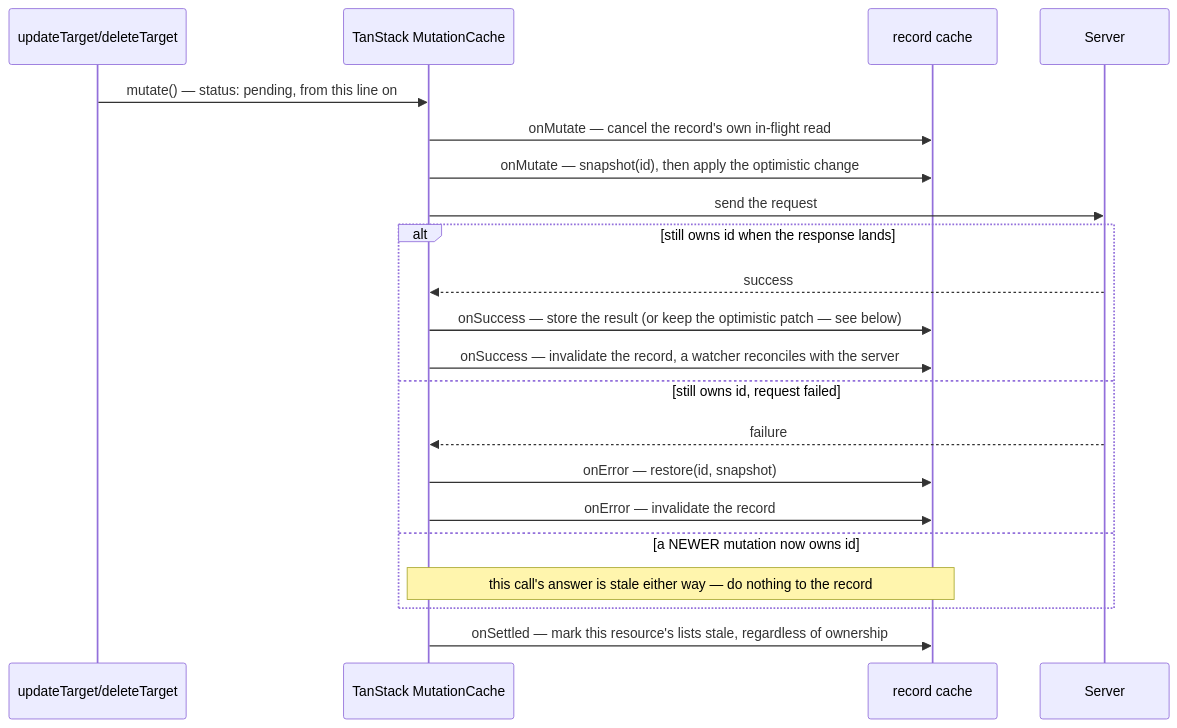
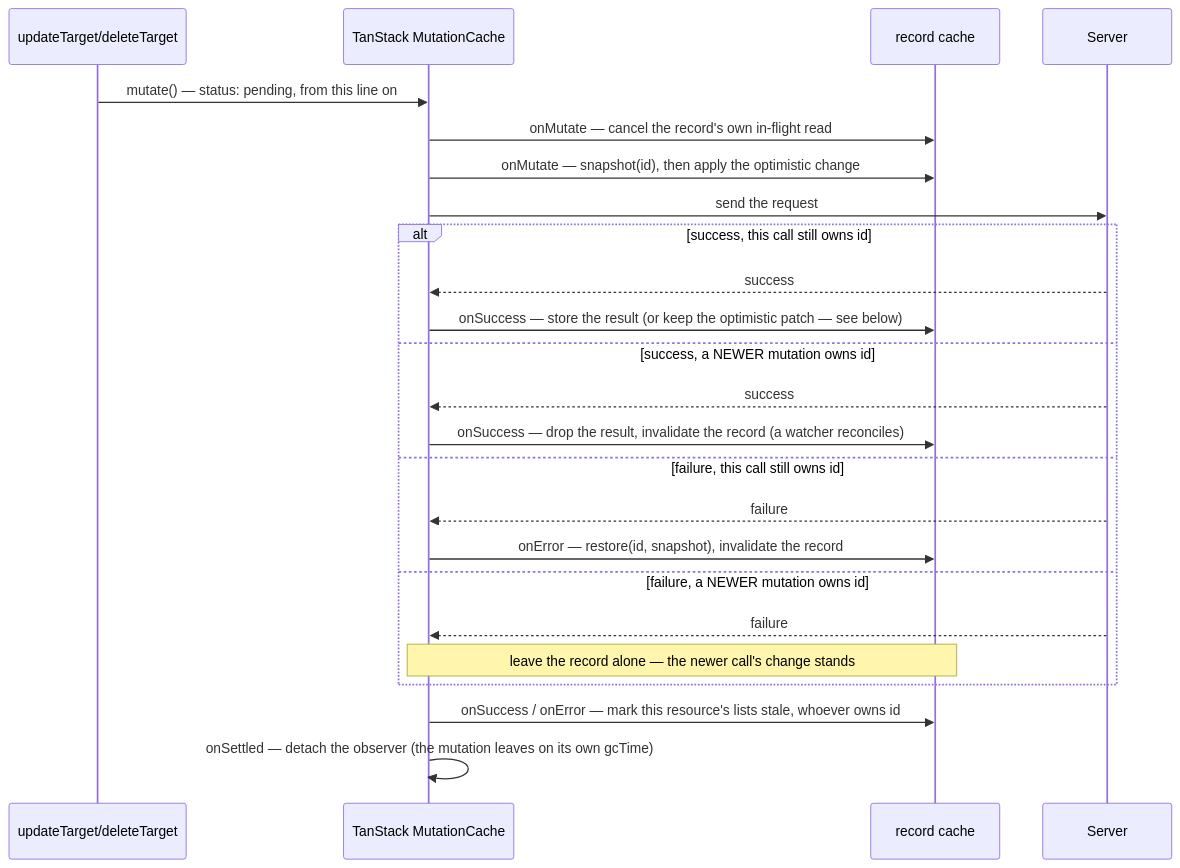
One commit to Guebbit/vue-toolkit changed the third of 4 diagrams in docs/composables/structure-rest-api.md. Above: the diagram before and after it, drawn with Mermaid. The commit also changed other lines of this file and 72 other files, not shown here.

````diff
--- a/docs/composables/structure-rest-api.md
+++ b/docs/composables/structure-rest-api.md
@@ -381,23 +397,26 @@
   ```mermaid
   sequenceDiagram
       participant Call as updateTarget/deleteTarget
       participant TQ as TanStack MutationCache
       participant Cache as record cache
       participant Server
       Call->>TQ: mutate() — status: pending, from this line on
       TQ->>Cache: onMutate — cancel the record's own in-flight read
       TQ->>Cache: onMutate — snapshot(id), then apply the optimistic change
       TQ->>Server: send the request
-      alt still owns id when the response lands
+      alt success, this call still owns id
           Server-->>TQ: success
           TQ->>Cache: onSuccess — store the result (or keep the optimistic patch — see below)
-          TQ->>Cache: onSuccess — invalidate the record, a watcher reconciles with the server
-      else still owns id, request failed
+      else success, a NEWER mutation owns id
+          Server-->>TQ: success
+          TQ->>Cache: onSuccess — drop the result, invalidate the record (a watcher reconciles)
+      else failure, this call still owns id
           Server-->>TQ: failure
-          TQ->>Cache: onError — restore(id, snapshot)
-          TQ->>Cache: onError — invalidate the record
-      else a NEWER mutation now owns id
-          Note over TQ,Cache: this call's answer is stale either way — do nothing to the record
+          TQ->>Cache: onError — restore(id, snapshot), invalidate the record
+      else failure, a NEWER mutation owns id
+          Server-->>TQ: failure
+          Note over TQ,Cache: leave the record alone — the newer call's change stands
       end
-      TQ->>Cache: onSettled — mark this resource's lists stale, regardless of ownership
+      TQ->>Cache: onSuccess / onError — mark this resource's lists stale, whoever owns id
+      TQ->>TQ: onSettled — detach the observer (the mutation leaves on its own gcTime)
   ```
````
